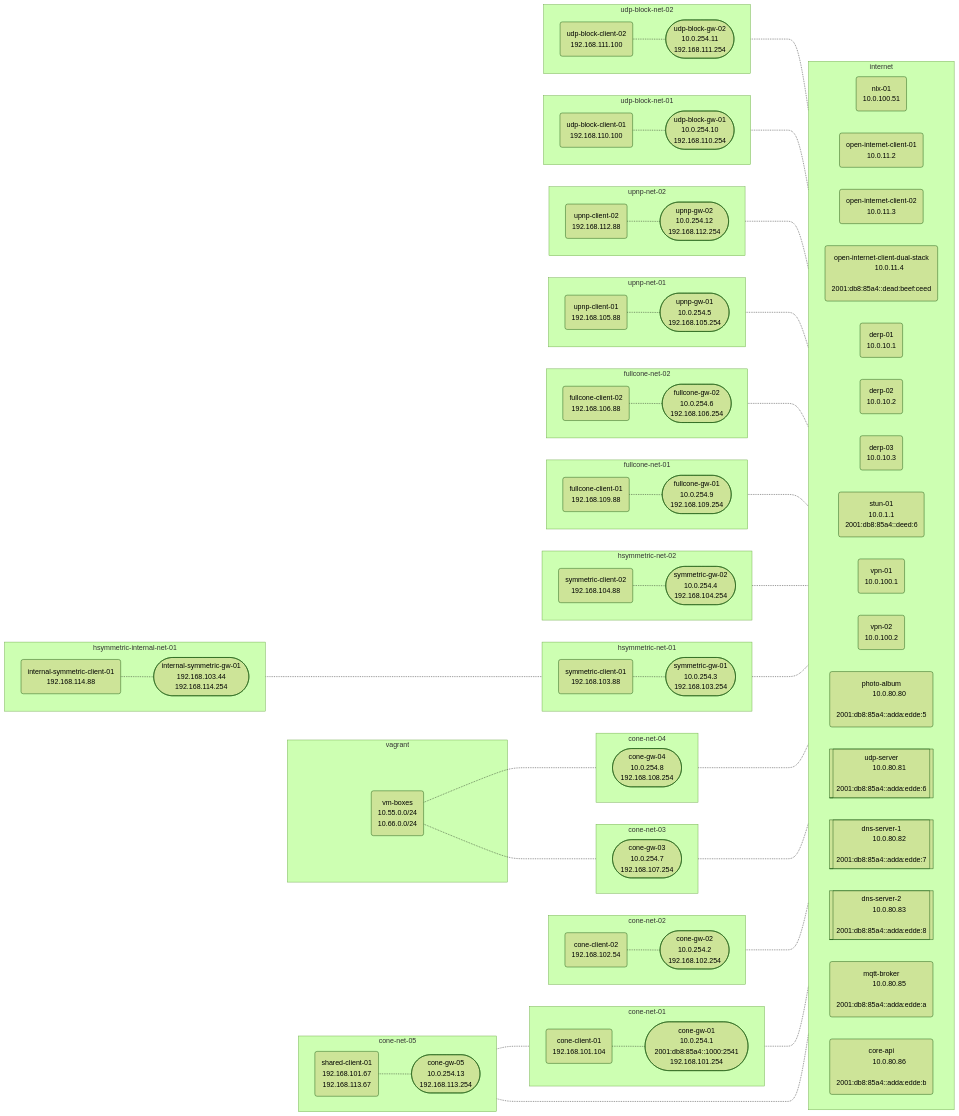
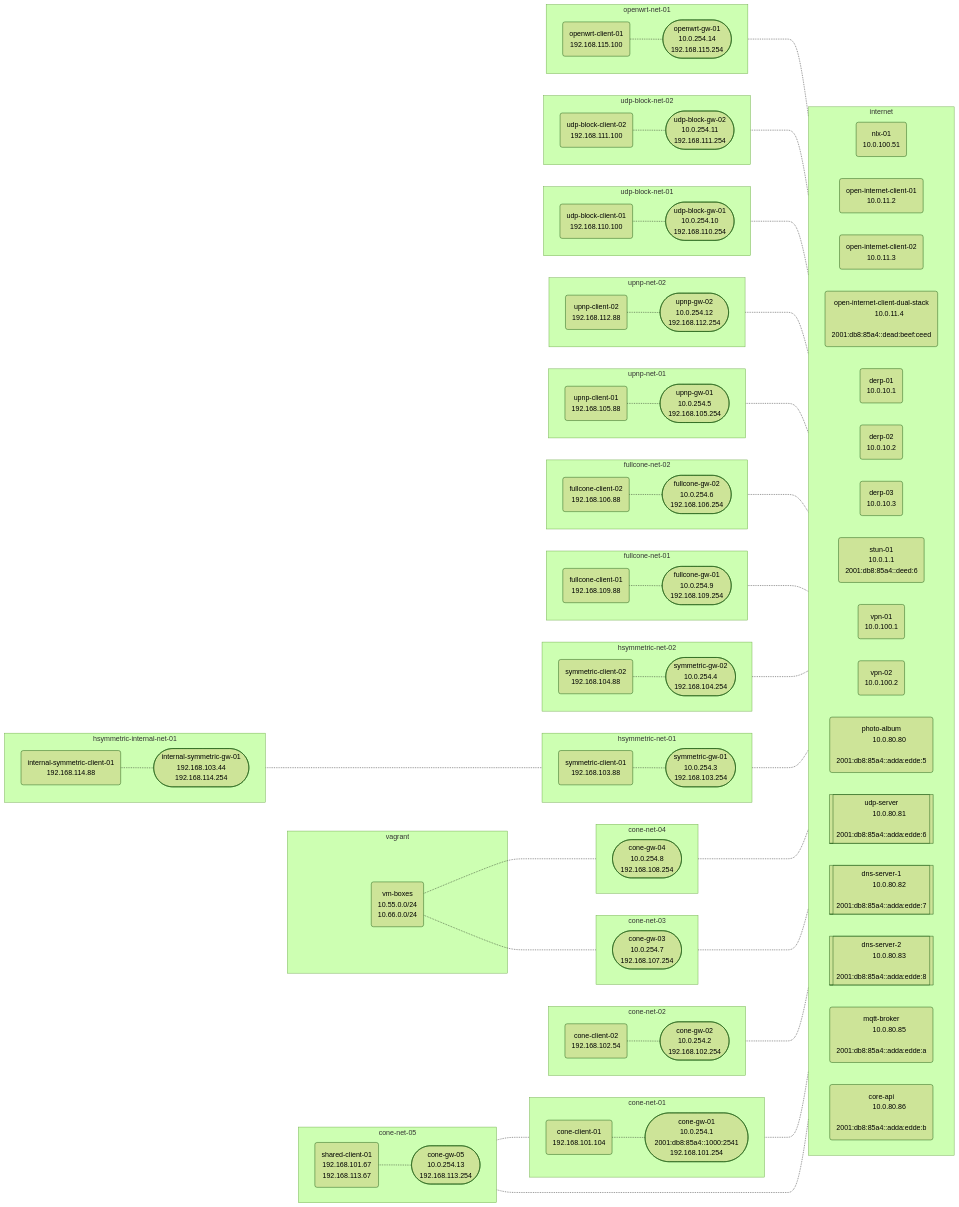
One commit to NordSecurity/libtelio changed the diagram in nat-lab/network.md. Above: the diagram before and after it, drawn with Mermaid (forest theme). The commit also changed 5 other files, not shown here.

```diff
--- a/nat-lab/network.md
+++ b/nat-lab/network.md
@@ -186,6 +186,16 @@
         192.168.111.254"])
   end
 
+  %% Network openwrt-net-01
+  subgraph openwrt-net-01[openwrt-net-01]
+  direction LR
+    openwrt-client-01("openwrt-client-01
+        192.168.115.100")
+    openwrt-gw-01(["openwrt-gw-01
+        10.0.254.14
+        192.168.115.254"])
+  end
+
   %% Node Connections
   cone-gw-01 -..- internet
   cone-gw-02 -..- internet
@@ -200,6 +210,7 @@
   upnp-gw-02 -..- internet
   udp-block-gw-01 -..- internet
   udp-block-gw-02 -..- internet
+  openwrt-gw-01 -..- internet
   cone-client-01 -.- cone-gw-01
   shared-client-01 -.- cone-gw-01
   shared-client-01 -.- cone-gw-05
@@ -214,6 +225,7 @@
   upnp-client-02 -.- upnp-gw-02
   udp-block-client-01 -.- udp-block-gw-01
   udp-block-client-02 -.- udp-block-gw-02
+  openwrt-client-01 -.- openwrt-gw-01
 
   %% Vagrant boxes
   subgraph vagrant
```
